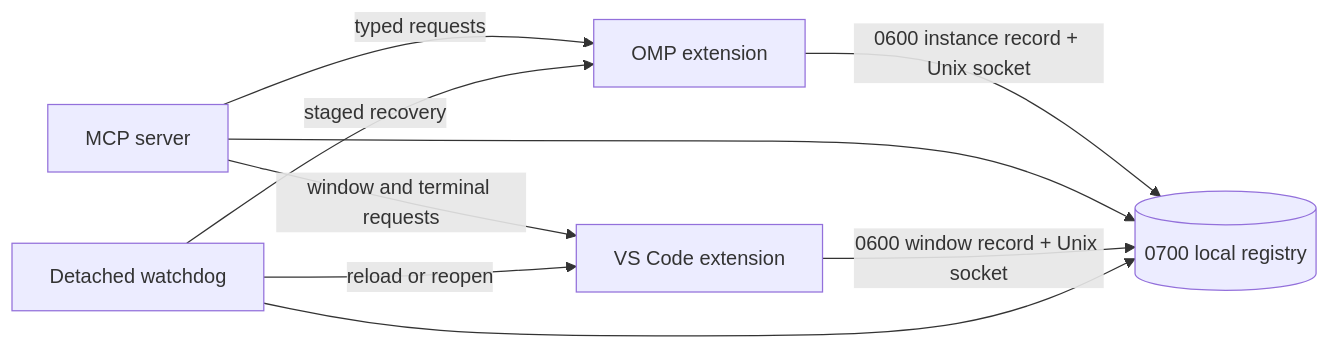
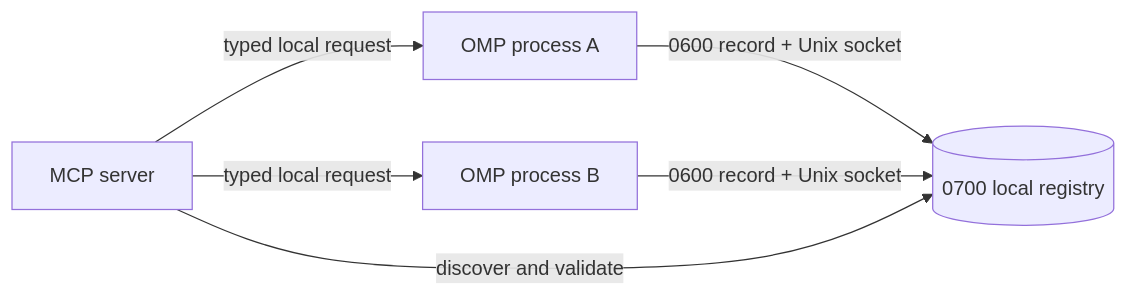
One commit to DKeken/omp-instances-control-plane changed the diagram in README.md. Above: the diagram before and after it, drawn with Mermaid. The commit also changed other lines of this file and 20 other files, not shown here.

````diff
--- a/README.md
+++ b/README.md
@@ -92,11 +56,8 @@
 ```mermaid
 flowchart LR
-  O[OMP extension] -->|0600 instance record + Unix socket| R[(0700 local registry)]
-  M[MCP server] --> R
-  V[VS Code extension] -->|0600 window record + Unix socket| R
-  S[Detached watchdog] --> R
-  M -->|typed requests| O
-  M -->|window and terminal requests| V
-  S -->|staged recovery| O
-  S -->|reload or reopen| V
+  A[OMP process A] -->|0600 record + Unix socket| R[(0700 local registry)]
+  B[OMP process B] -->|0600 record + Unix socket| R
+  M[MCP server] -->|discover and validate| R
+  M -->|typed local request| A
+  M -->|typed local request| B
 ```
````
